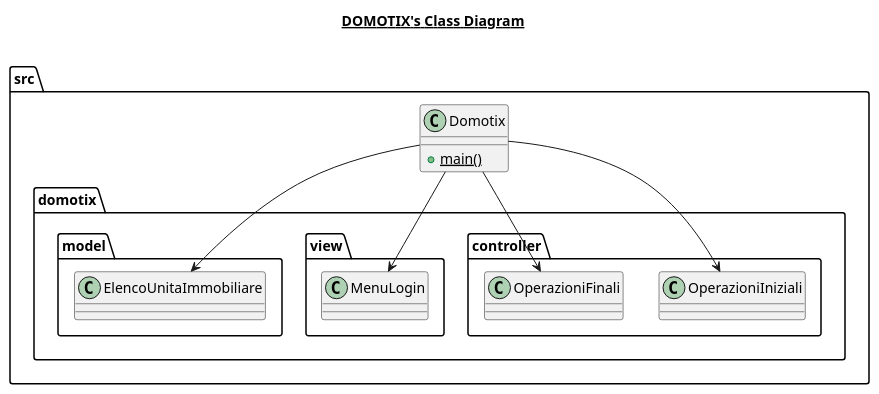
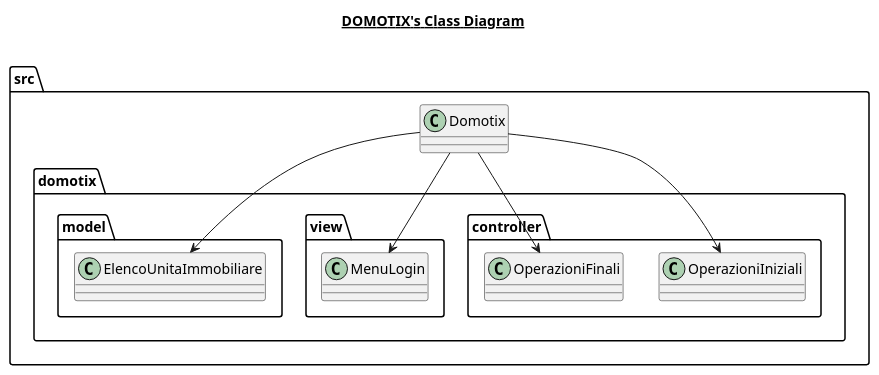
Before and after one commit to Edoar-do/Domotix: the diagram in src/src.plantuml, drawn with PlantUML. The commit also changed 29 other files, not shown here.

Commit message:
Aggiusta la documentazione sui diagrammi

```diff
--- a/src/src.plantuml
+++ b/src/src.plantuml
@@ -1,17 +1,16 @@
 @startuml
 
 title __DOMOTIX's Class Diagram__\n
 
     namespace src {
         class Domotix {
-            {static} + main()
         }
     }
   
     src.Domotix --> src.domotix.controller.OperazioniIniziali
     src.Domotix --> src.domotix.controller.OperazioniFinali
     src.Domotix --> src.domotix.view.MenuLogin
     src.Domotix --> src.domotix.model.ElencoUnitaImmobiliare
 
 
 @enduml
```
